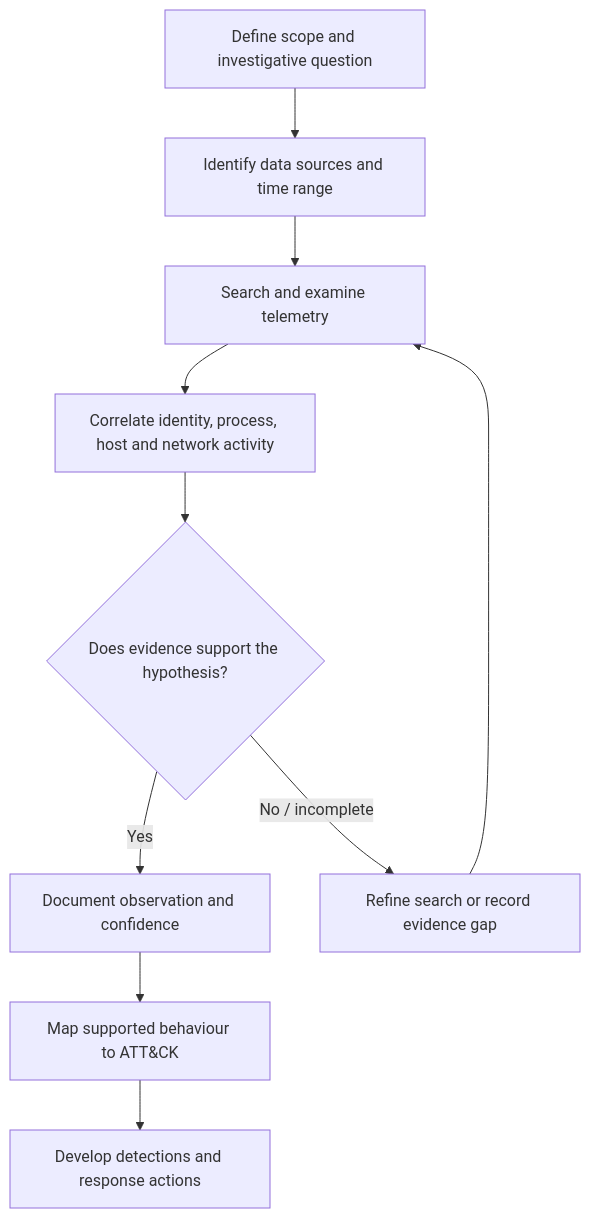
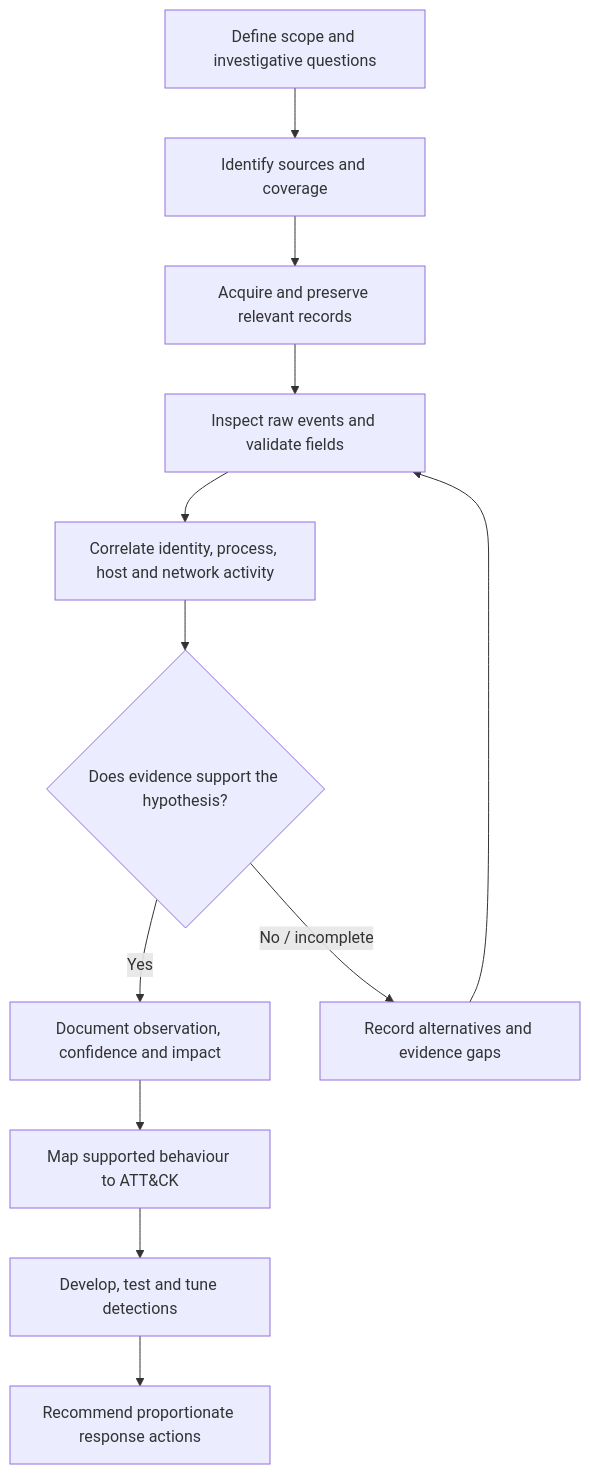
The diagram in README.md (Seanfrvr/Enterprise-Intrusion-Investigation-DFIR), drawn with Mermaid before and after one commit. The commit also changed other lines of this file, not shown here.

Commit message:
Strengthen project overview and evidence standards

````diff
--- a/README.md
+++ b/README.md
@@ -44,12 +46,14 @@
 ```mermaid
 flowchart TD
-    A[Define scope and investigative question] --> B[Identify data sources and time range]
-    B --> C[Search and examine telemetry]
-    C --> D[Correlate identity, process, host and network activity]
-    D --> E{Does evidence support the hypothesis?}
-    E -->|Yes| F[Document observation and confidence]
-    E -->|No / incomplete| G[Refine search or record evidence gap]
-    G --> C
-    F --> H[Map supported behaviour to ATT&CK]
-    H --> I[Develop detections and response actions]
+    A[Define scope and investigative questions] --> B[Identify sources and coverage]
+    B --> C[Acquire and preserve relevant records]
+    C --> D[Inspect raw events and validate fields]
+    D --> E[Correlate identity, process, host and network activity]
+    E --> F{Does evidence support the hypothesis?}
+    F -->|Yes| G[Document observation, confidence and impact]
+    F -->|No / incomplete| H[Record alternatives and evidence gaps]
+    H --> D
+    G --> I[Map supported behaviour to ATT&CK]
+    I --> J[Develop, test and tune detections]
+    J --> K[Recommend proportionate response actions]
 ```
````
